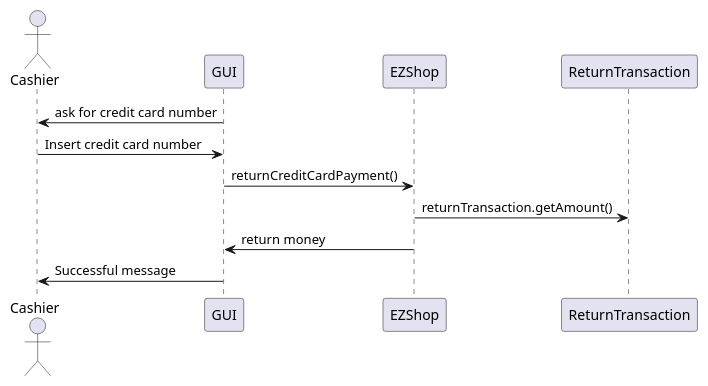
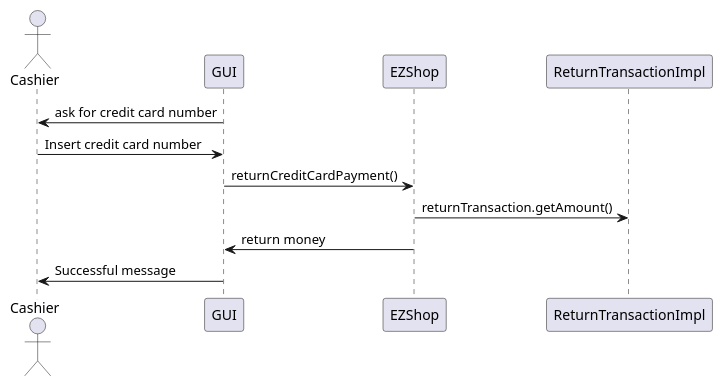
Before and after one commit to ThePiromaximus/ezshop: diagram 19 of 19 in Deliverables/DesignDocument.md, drawn with PlantUML. The commit also changed other lines of this file, not shown here.

Commit message:
Updated sequence diagram of Scenario 6.2, Scenario 6.4 and Scenario 10.1 in DesignDocument.md

````diff
--- a/Deliverables/DesignDocument.md
+++ b/Deliverables/DesignDocument.md
@@ -570,11 +572,11 @@
 ```plantuml
 @startuml
 actor Cashier
 GUI -> Cashier: ask for credit card number
 Cashier -> GUI: Insert credit card number
 GUI -> EZShop: returnCreditCardPayment()
-EZShop -> ReturnTransaction:  returnTransaction.getAmount()
+EZShop -> ReturnTransactionImpl:  returnTransaction.getAmount()
 GUI <- EZShop: return money
 Cashier <- GUI: Successful message
 @enduml
 ```
````
